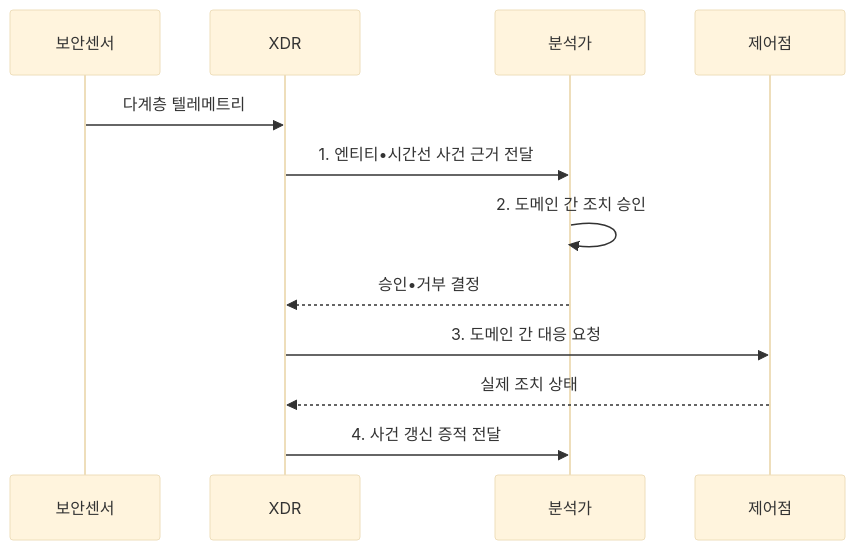
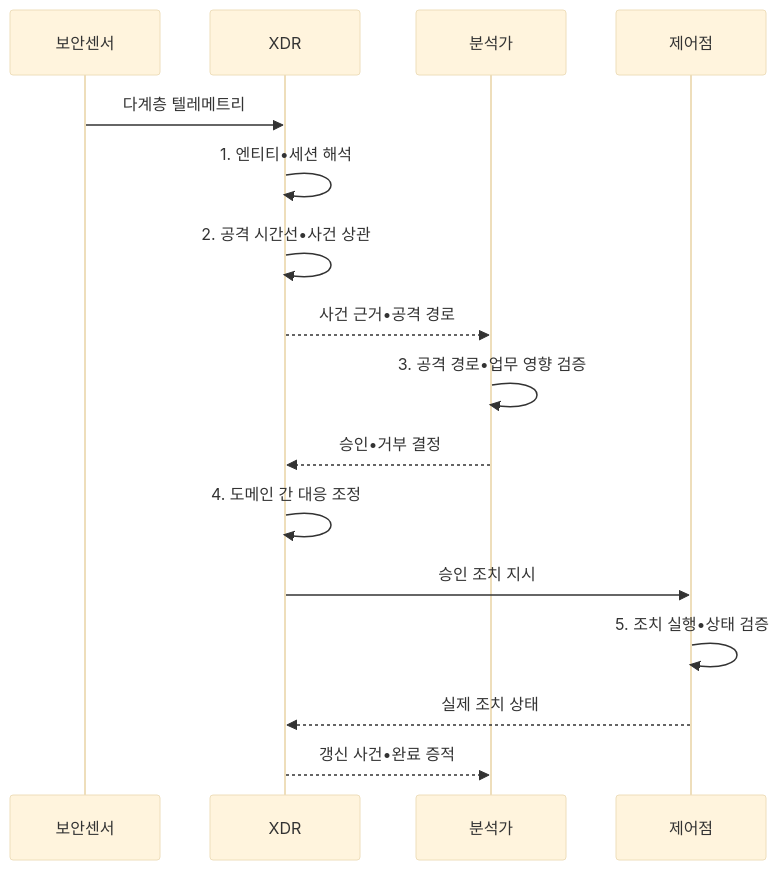
The second of 2 diagrams in src/content/docs/notes/05-security/039_extended_detection_response.md (agnusdei1207/knowledge-base), drawn with Mermaid (base theme) before and after one commit. The commit also changed other lines of this file and 13 other files, not shown here.

````diff
--- a/src/content/docs/notes/05-security/039_extended_detection_response.md
+++ b/src/content/docs/notes/05-security/039_extended_detection_response.md
@@ -101,14 +101,18 @@
 ```mermaid
 sequenceDiagram
     participant 보안센서
     participant XDR
     participant 분석가
     participant 제어점
     보안센서->>XDR: 다계층 텔레메트리
-    XDR->>분석가: 1. 엔티티•시간선 사건 근거 전달
-    분석가->>분석가: 2. 도메인 간 조치 승인
+    XDR->>XDR: 1. 엔티티•세션 해석
+    XDR->>XDR: 2. 공격 시간선•사건 상관
+    XDR-->>분석가: 사건 근거•공격 경로
+    분석가->>분석가: 3. 공격 경로•업무 영향 검증
     분석가-->>XDR: 승인•거부 결정
-    XDR->>제어점: 3. 도메인 간 대응 요청
+    XDR->>XDR: 4. 도메인 간 대응 조정
+    XDR->>제어점: 승인 조치 지시
+    제어점->>제어점: 5. 조치 실행•상태 검증
     제어점-->>XDR: 실제 조치 상태
-    XDR->>분석가: 4. 사건 갱신 증적 전달
+    XDR-->>분석가: 갱신 사건•완료 증적
 ```
````
